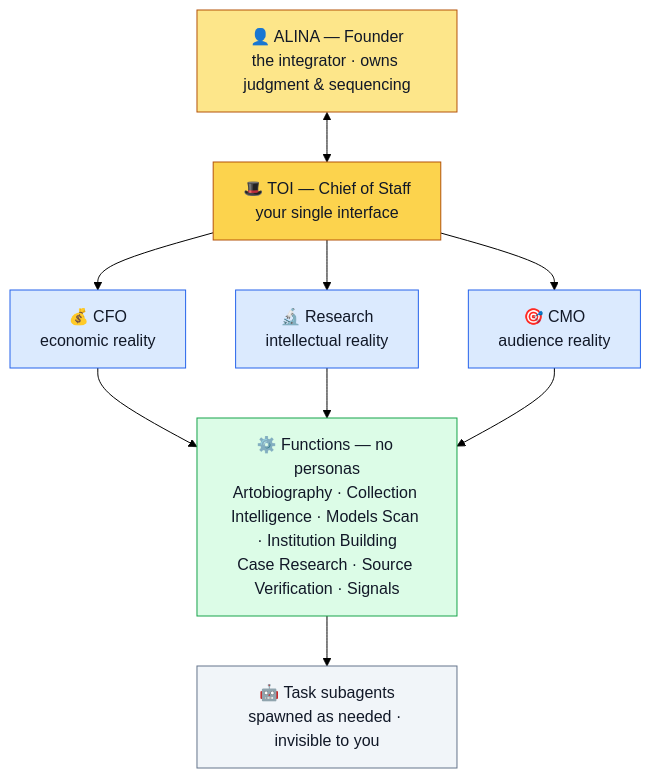
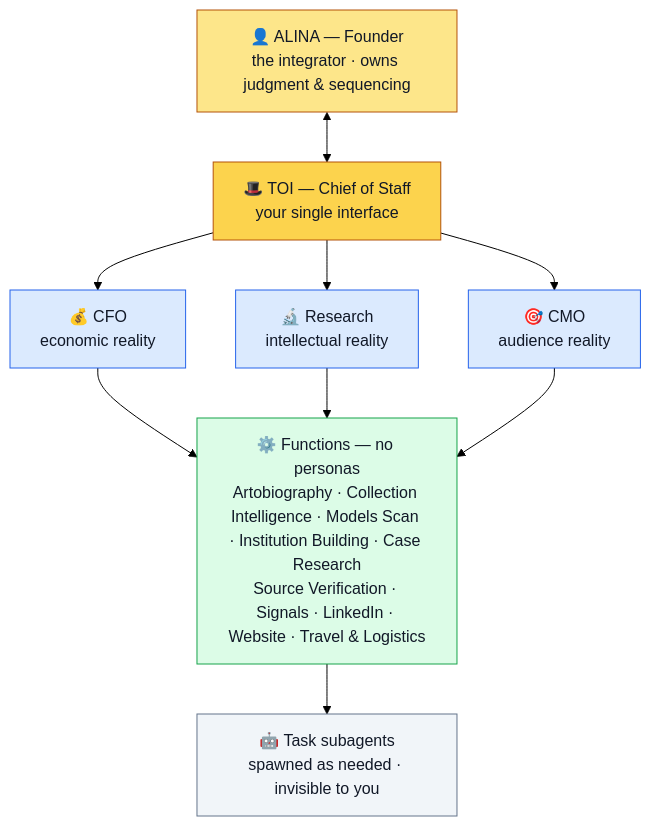
The diagram in company/executive-model.md (alinaokun/nariway-art), drawn with Mermaid (forest theme) before and after one commit. The commit also changed other lines of this file and 6 other files, not shown here.

First line of the commit message:
Add LinkedIn/Website/Travel functions; update Opal (Montvale + Dawn)

````diff
--- a/company/executive-model.md
+++ b/company/executive-model.md
@@ -7,30 +7,30 @@
 ```mermaid
 flowchart TD
     A["👤 ALINA — Founder<br/>the integrator · owns judgment & sequencing"]
     ALF["🎩 TOI — Chief of Staff<br/>your single interface"]
     CFO["💰 CFO<br/>economic reality"]
     RES["🔬 Research<br/>intellectual reality"]
     CMO["🎯 CMO<br/>audience reality"]
-    FUN["⚙️ Functions — no personas<br/>Artobiography · Collection Intelligence · Models Scan · Institution Building<br/>Case Research · Source Verification · Signals"]
+    FUN["⚙️ Functions — no personas<br/>Artobiography · Collection Intelligence · Models Scan · Institution Building · Case Research<br/>Source Verification · Signals · LinkedIn · Website · Travel & Logistics"]
     SUB["🤖 Task subagents<br/>spawned as needed · invisible to you"]
 
     A <--> ALF
     ALF --> CFO
     ALF --> RES
     ALF --> CMO
     CFO --> FUN
     RES --> FUN
     CMO --> FUN
     FUN --> SUB
 
     classDef founder fill:#fde68a,stroke:#b45309,color:#111827;
     classDef cos fill:#fcd34d,stroke:#b45309,color:#111827;
     classDef lens fill:#dbeafe,stroke:#2563eb,color:#111827;
     classDef fun fill:#dcfce7,stroke:#16a34a,color:#111827;
     classDef sub fill:#f1f5f9,stroke:#64748b,color:#111827;
     class A founder;
     class ALF cos;
     class CFO,RES,CMO lens;
     class FUN fun;
     class SUB sub;
 ```
````
